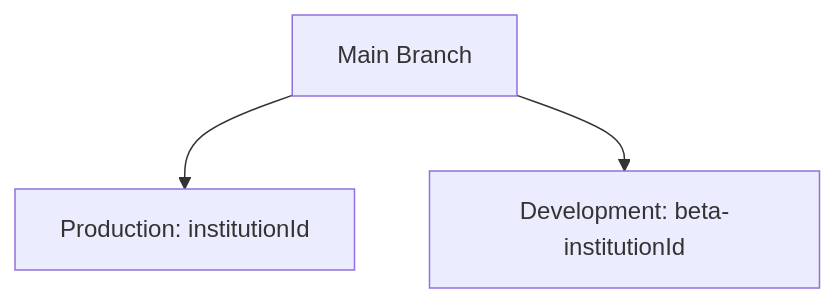
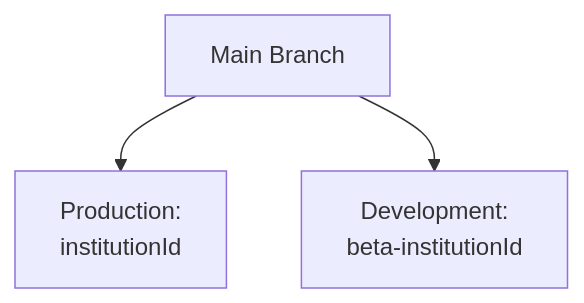
One commit to Intelligent-Cloud-Applications/code-generator changed the diagram in README.md. Above: the diagram before and after it, drawn with Mermaid.

````diff
--- a/README.md
+++ b/README.md
@@ -73,5 +73,5 @@
 ```mermaid
 graph TD
-    A[Main Branch] --> B[Production: institutionId]
-    A --> C[Development: beta-institutionId]
+    A[Main Branch] --> B[Production:<br>institutionId]
+    A --> C[Development:<br>beta-institutionId]
 ```
````
